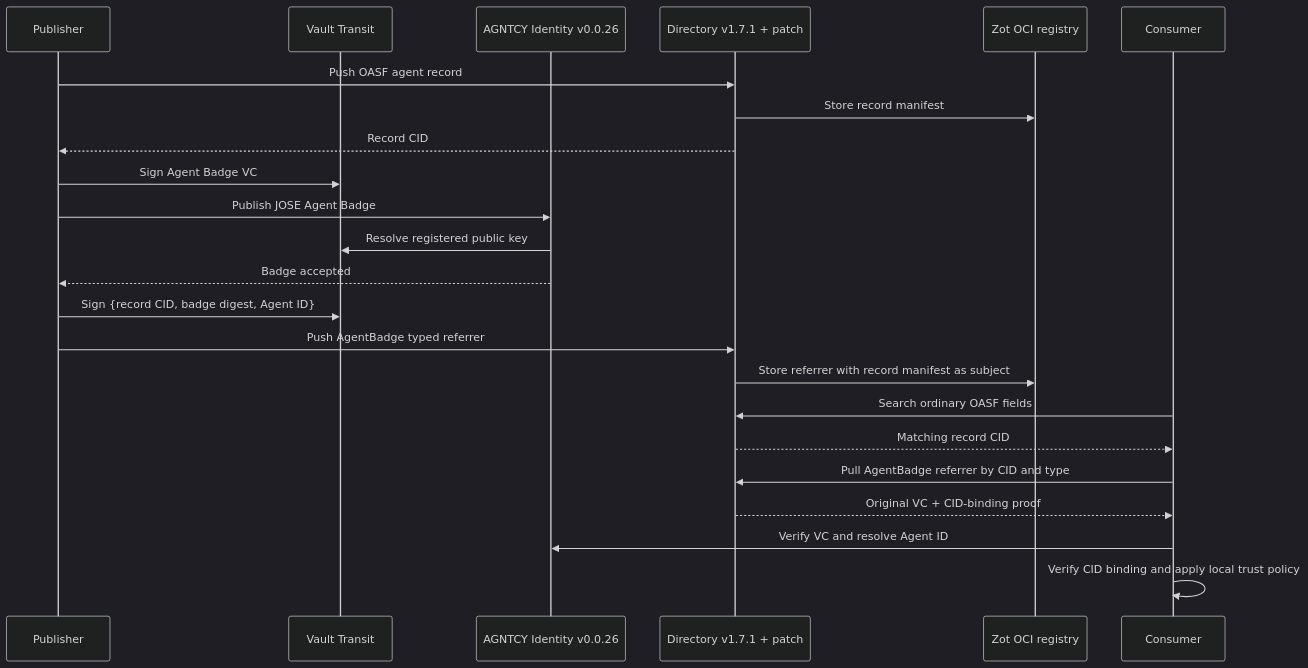
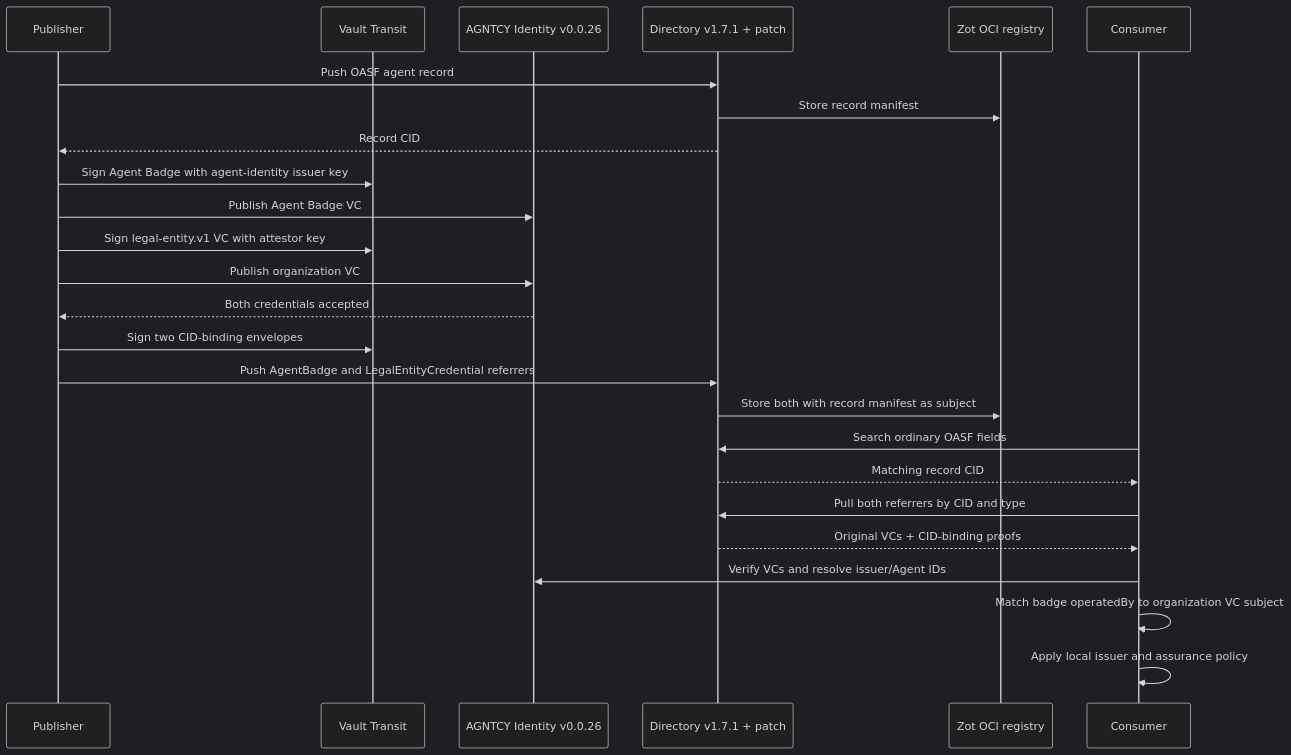
The diagram in oci-typed-artifacts-poc/README.md (agntcy/agent-identity-demos), drawn with Mermaid (dark theme) before and after one commit. The commit also changed other lines of this file and 5 other files, not shown here.

Commit message:
Add legal entity typed attestation validation

````diff
--- a/oci-typed-artifacts-poc/README.md
+++ b/oci-typed-artifacts-poc/README.md
@@ -22,29 +27,31 @@
 ```mermaid
 sequenceDiagram
     participant Publisher
     participant Vault as Vault Transit
     participant Identity as AGNTCY Identity v0.0.26
     participant Dir as Directory v1.7.1 + patch
     participant OCI as Zot OCI registry
     participant Consumer
 
     Publisher->>Dir: Push OASF agent record
     Dir->>OCI: Store record manifest
     Dir-->>Publisher: Record CID
 
-    Publisher->>Vault: Sign Agent Badge VC
-    Publisher->>Identity: Publish JOSE Agent Badge
-    Identity->>Vault: Resolve registered public key
-    Identity-->>Publisher: Badge accepted
+    Publisher->>Vault: Sign Agent Badge with agent-identity issuer key
+    Publisher->>Identity: Publish Agent Badge VC
+    Publisher->>Vault: Sign legal-entity.v1 VC with attestor key
+    Publisher->>Identity: Publish organization VC
+    Identity-->>Publisher: Both credentials accepted
 
-    Publisher->>Vault: Sign {record CID, badge digest, Agent ID}
-    Publisher->>Dir: Push AgentBadge typed referrer
-    Dir->>OCI: Store referrer with record manifest as subject
+    Publisher->>Vault: Sign two CID-binding envelopes
+    Publisher->>Dir: Push AgentBadge and LegalEntityCredential referrers
+    Dir->>OCI: Store both with record manifest as subject
 
     Consumer->>Dir: Search ordinary OASF fields
     Dir-->>Consumer: Matching record CID
-    Consumer->>Dir: Pull AgentBadge referrer by CID and type
-    Dir-->>Consumer: Original VC + CID-binding proof
-    Consumer->>Identity: Verify VC and resolve Agent ID
-    Consumer->>Consumer: Verify CID binding and apply local trust policy
+    Consumer->>Dir: Pull both referrers by CID and type
+    Dir-->>Consumer: Original VCs + CID-binding proofs
+    Consumer->>Identity: Verify VCs and resolve issuer/Agent IDs
+    Consumer->>Consumer: Match badge operatedBy to organization VC subject
+    Consumer->>Consumer: Apply local issuer and assurance policy
 ```
````
